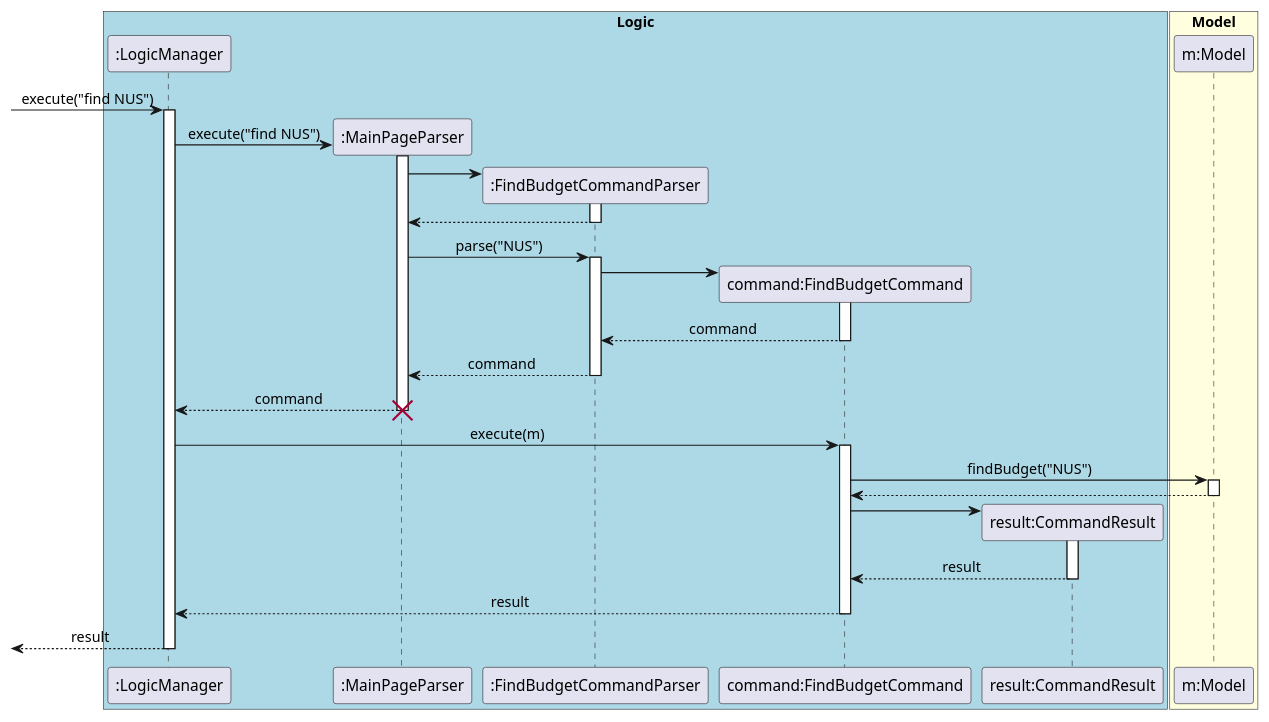
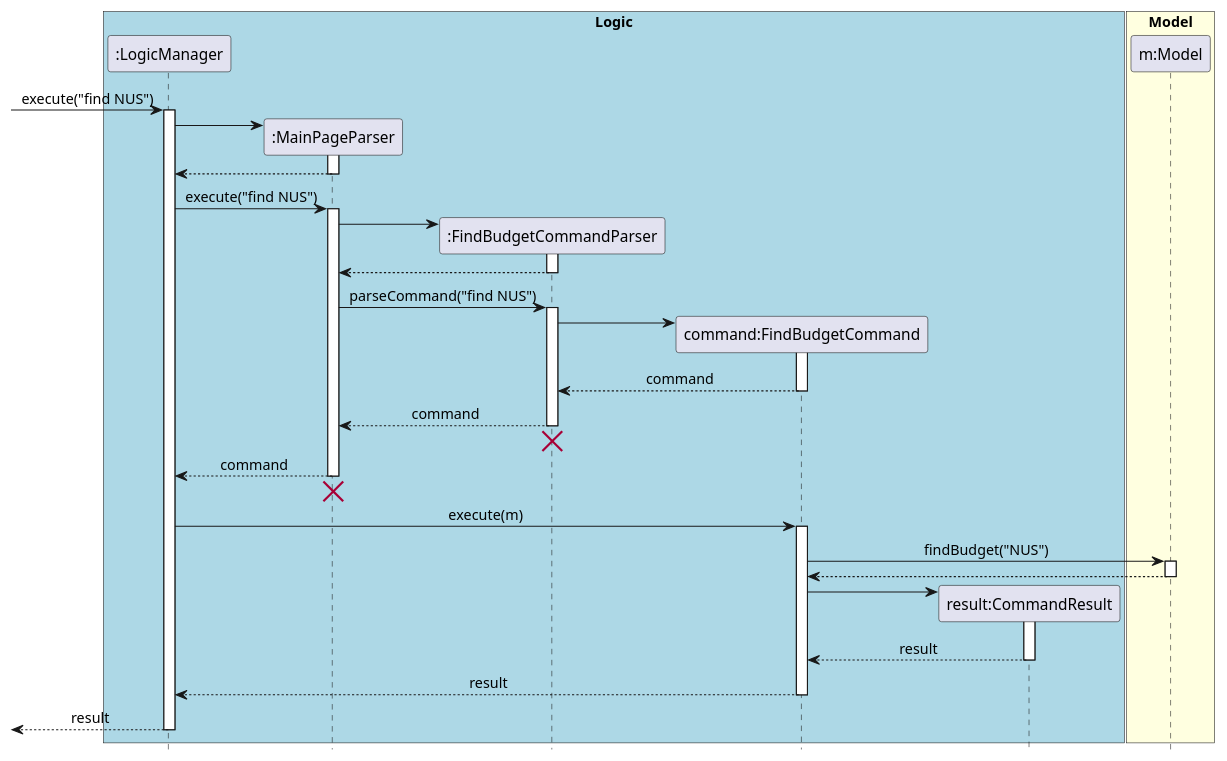
One commit to yu-ming-chen/tp changed the diagram in docs/diagrams/commandsPlantUML/FindBudgetCommand.puml. Above: the diagram before and after it, drawn with PlantUML. The commit also changed 12 other files, not shown here.

Commit message:
Update find and list command PUML diagrams

```diff
--- a/docs/diagrams/commandsPlantUML/FindBudgetCommand.puml
+++ b/docs/diagrams/commandsPlantUML/FindBudgetCommand.puml
@@ -1,60 +1,71 @@
 @startuml
+hide footbox
 skinparam Sequence {
     MessageAlign center
 }
 box "Logic" #LightBlue
 participant ":LogicManager" as LM
 participant ":MainPageParser" as MPP
 participant ":FindBudgetCommandParser" as FBCP
 participant "command:FindBudgetCommand" as FBC
 participant "result:CommandResult" as CR
 end box
 
 box "Model" #LightYellow
 participant "m:Model" as M
 end box
 
 [-> LM : execute("find NUS")
 activate LM
 create MPP
+LM -> MPP
+activate MPP
+LM <-- MPP
+deactivate MPP
+
 LM -> MPP : execute("find NUS")
 activate MPP
 
 create FBCP
 MPP -> FBCP
 activate FBCP
 MPP <-- FBCP
 deactivate FBCP
 
-MPP -> FBCP : parse("NUS")
+MPP -> FBCP : parseCommand("find NUS")
 activate FBCP
 
 create FBC
 FBCP -> FBC
 activate FBC
 FBCP <-- FBC : command
 deactivate FBC
 MPP <-- FBCP : command
 deactivate FBCP
+FBCP -[hidden]-> MPP
+destroy FBCP
+
 LM <-- MPP : command
 deactivate MPP
+LM <-[hidden]- MPP
 destroy MPP
+
 LM -> FBC : execute(m)
 activate FBC
 
 FBC -> M : findBudget("NUS")
 activate M
 FBC <-- M
 deactivate M
 
 create CR
 FBC -> CR
 activate CR
 FBC <-- CR : result
 deactivate CR
 
 LM <-- FBC : result
 deactivate FBC
 [<-- LM : result
 deactivate LM
 @enduml
```
